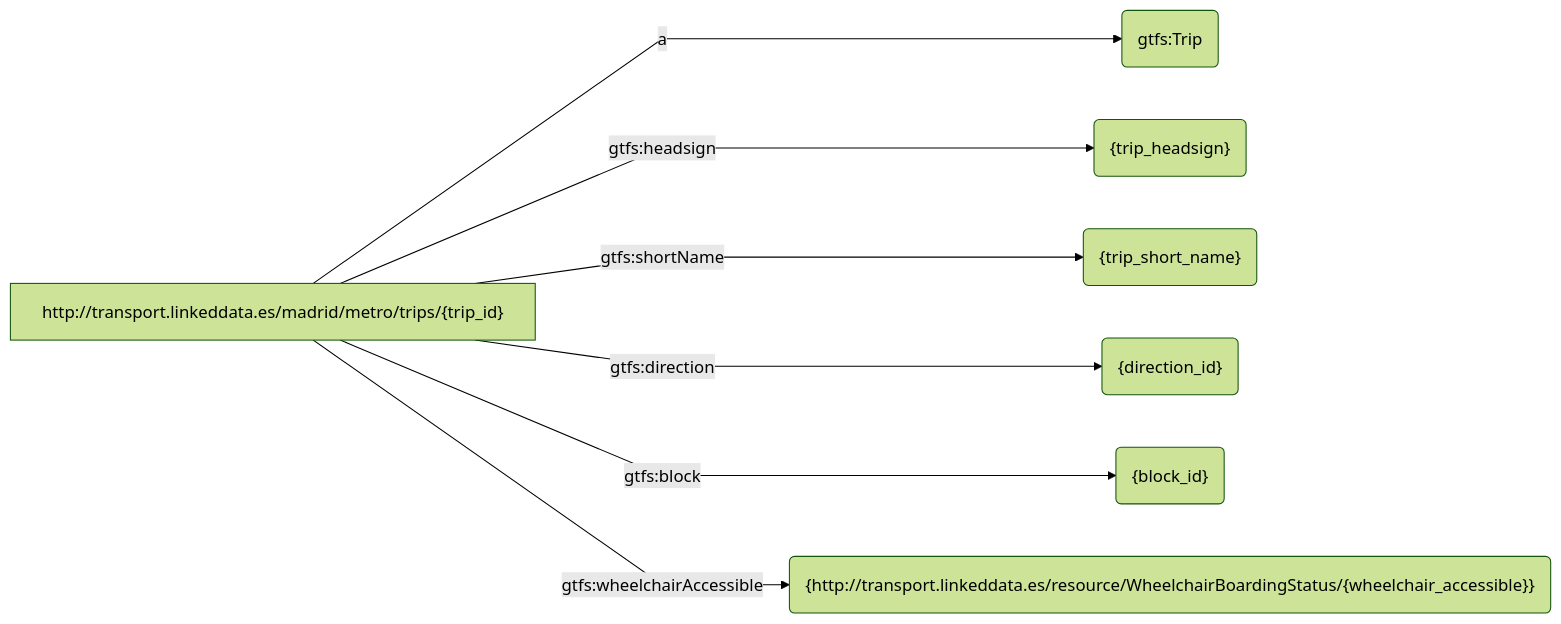
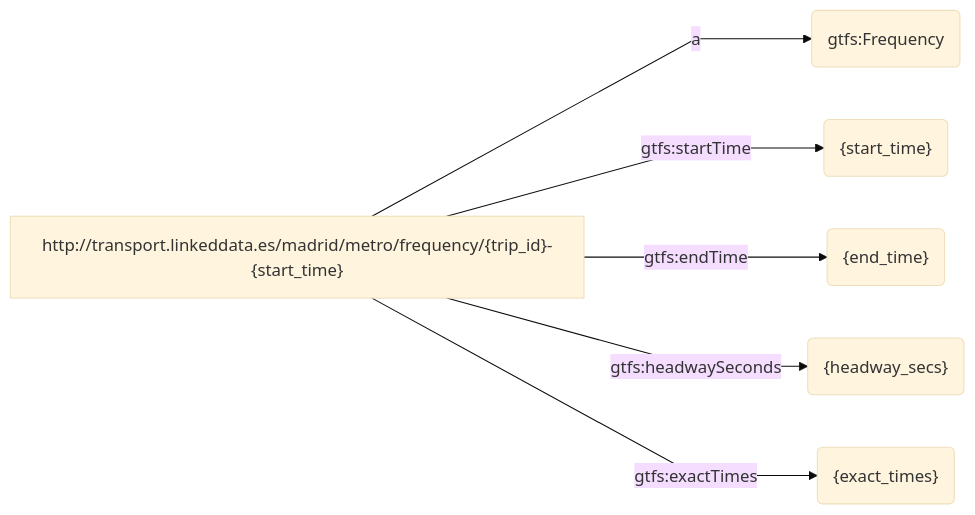
Before and after one commit to oeg-upm/rmldoc: diagram 13 of 25 in example/example.md, drawn with Mermaid. The commit also changed other lines of this file and 2 other files, not shown here.

````diff
--- a/example/example.md
+++ b/example/example.md
@@ -357,11 +327,10 @@
 ```mermaid
-%%{ init : { "theme" : "forest", "flowchart" : { "curve" : "linear" }}}%%
+%%{ init : { "theme" : "base", "flowchart" : { "curve" : "linear" }}}%%
 flowchart LR
-S["http://transport.linkeddata.es/madrid/metro/trips/{trip_id}"] -->|"a"| object1("gtfs:Trip")
-S["http://transport.linkeddata.es/madrid/metro/trips/{trip_id}"] -->|"gtfs:headsign"| object2("{trip_headsign}")
-S["http://transport.linkeddata.es/madrid/metro/trips/{trip_id}"] -->|"gtfs:shortName"| object3("{trip_short_name}")
-S["http://transport.linkeddata.es/madrid/metro/trips/{trip_id}"] -->|"gtfs:direction"| object4("{direction_id}")
-S["http://transport.linkeddata.es/madrid/metro/trips/{trip_id}"] -->|"gtfs:block"| object5("{block_id}")
-S["http://transport.linkeddata.es/madrid/metro/trips/{trip_id}"] -->|"gtfs:wheelchairAccessible"| object6("{http://transport.linkeddata.es/resource/WheelchairBoardingStatus/{wheelchair_accessible}}")
+S["http://transport.linkeddata.es/madrid/metro/frequency/{trip_id}-{start_time}"] -->|"a"| object1("gtfs:Frequency")
+S["http://transport.linkeddata.es/madrid/metro/frequency/{trip_id}-{start_time}"] -->|"gtfs:startTime"| object2("{start_time}")
+S["http://transport.linkeddata.es/madrid/metro/frequency/{trip_id}-{start_time}"] -->|"gtfs:endTime"| object3("{end_time}")
+S["http://transport.linkeddata.es/madrid/metro/frequency/{trip_id}-{start_time}"] -->|"gtfs:headwaySeconds"| object4("{headway_secs}")
+S["http://transport.linkeddata.es/madrid/metro/frequency/{trip_id}-{start_time}"] -->|"gtfs:exactTimes"| object5("{exact_times}")
     
 ``` 
````
